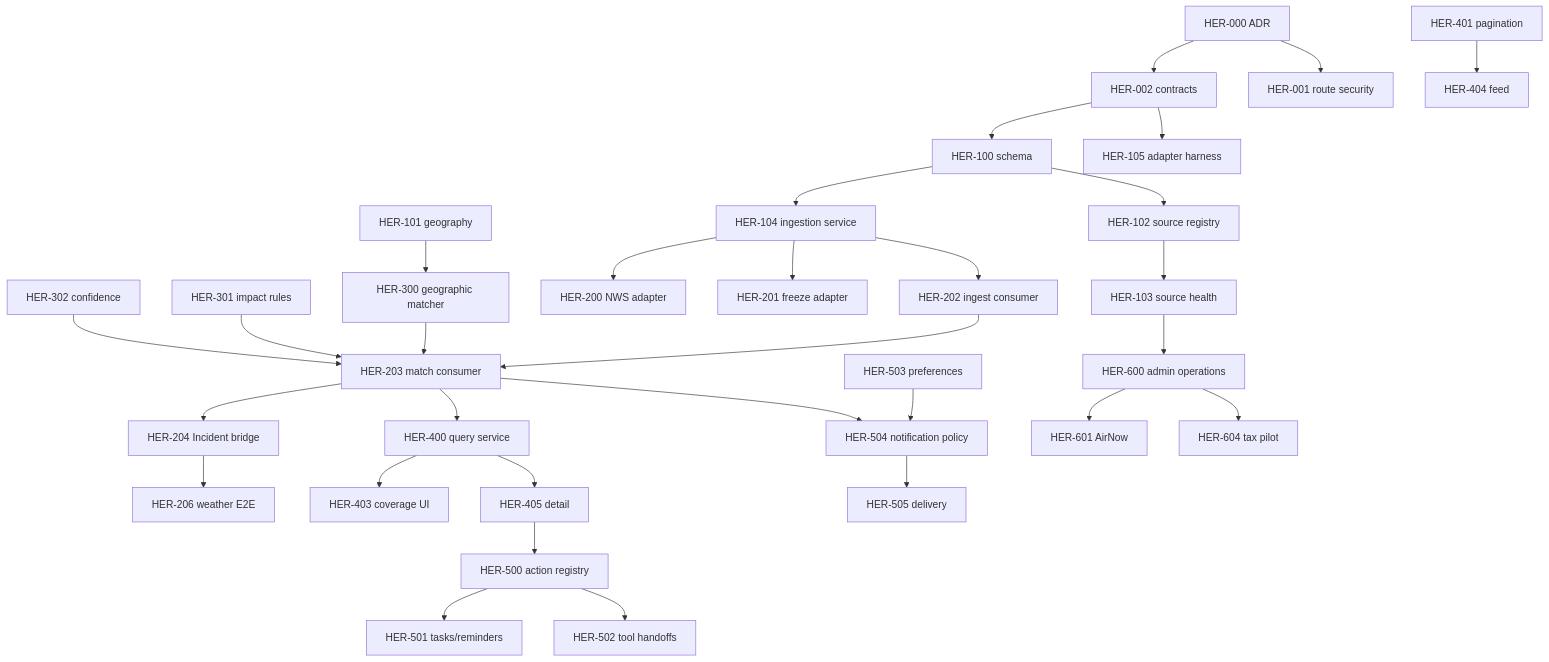
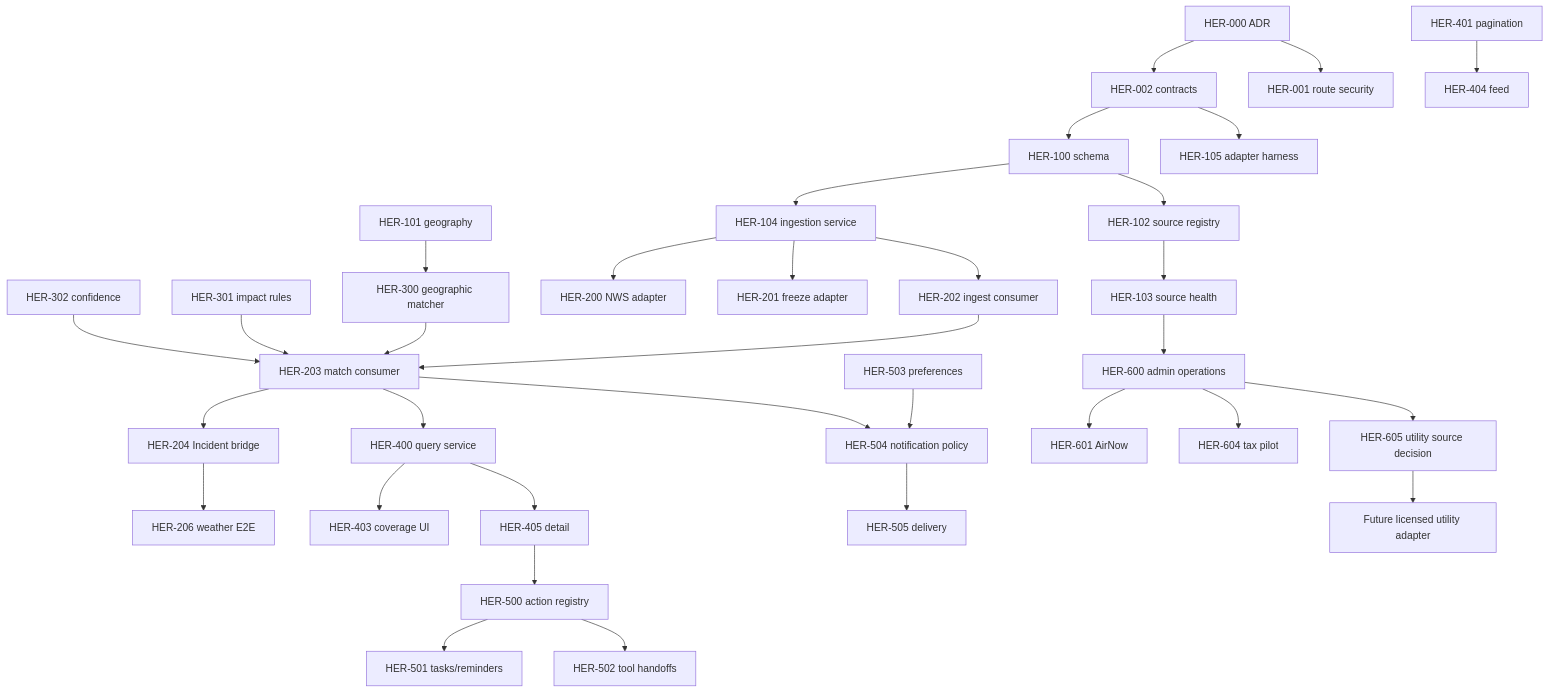
The second of 2 diagrams in docs/functional/HOME_EVENT_RADAR_IMPLEMENTATION_PLAN.md (madhuboyin/contract-to-cozy1), drawn with Mermaid before and after one commit. The commit also changed other lines of this file and 2 other files, not shown here.

Commit message:
docs(radar): decide utility outage source strategy

````diff
--- a/docs/functional/HOME_EVENT_RADAR_IMPLEMENTATION_PLAN.md
+++ b/docs/functional/HOME_EVENT_RADAR_IMPLEMENTATION_PLAN.md
@@ -2013,33 +2029,35 @@
 ```mermaid
 flowchart TB
   H000["HER-000 ADR"] --> H002["HER-002 contracts"]
   H000 --> H001["HER-001 route security"]
   H002 --> H100["HER-100 schema"]
   H002 --> H105["HER-105 adapter harness"]
   H100 --> H102["HER-102 source registry"]
   H100 --> H104["HER-104 ingestion service"]
   H101["HER-101 geography"] --> H300["HER-300 geographic matcher"]
   H102 --> H103["HER-103 source health"]
   H104 --> H202["HER-202 ingest consumer"]
   H104 --> H200["HER-200 NWS adapter"]
   H104 --> H201["HER-201 freeze adapter"]
   H202 --> H203["HER-203 match consumer"]
   H300 --> H203
   H301["HER-301 impact rules"] --> H203
   H302["HER-302 confidence"] --> H203
   H203 --> H204["HER-204 Incident bridge"]
   H204 --> H206["HER-206 weather E2E"]
   H203 --> H400["HER-400 query service"]
   H400 --> H403["HER-403 coverage UI"]
   H401["HER-401 pagination"] --> H404["HER-404 feed"]
   H400 --> H405["HER-405 detail"]
   H405 --> H500["HER-500 action registry"]
   H500 --> H501["HER-501 tasks/reminders"]
   H500 --> H502["HER-502 tool handoffs"]
   H503["HER-503 preferences"] --> H504["HER-504 notification policy"]
   H203 --> H504
   H504 --> H505["HER-505 delivery"]
   H103 --> H600["HER-600 admin operations"]
   H600 --> H601["HER-601 AirNow"]
   H600 --> H604["HER-604 tax pilot"]
+  H600 --> H605["HER-605 utility source decision"]
+  H605 --> H608["Future licensed utility adapter"]
 ```
````
